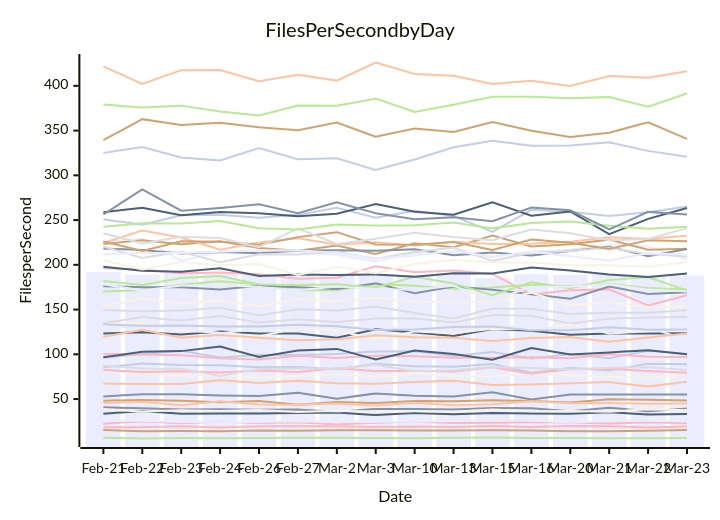
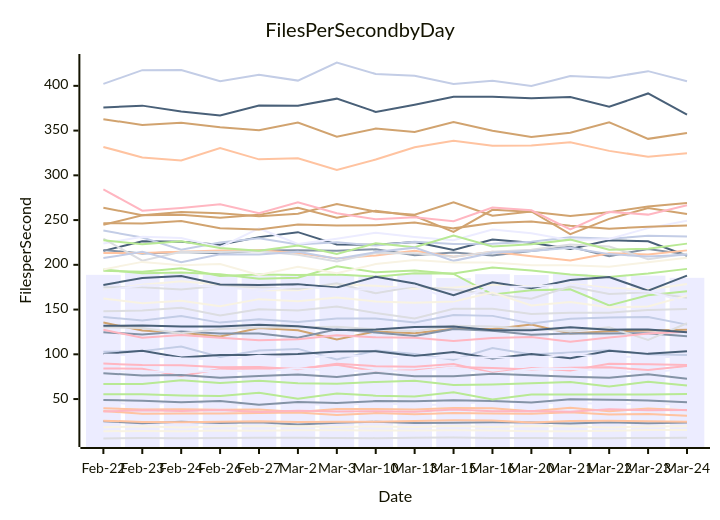
The diagram in perf-report.md (streetsidesoftware/cspell), drawn with Mermaid before and after one commit. The commit also changed other lines of this file and 2 other files, not shown here.

````diff
--- a/perf-report.md
+++ b/perf-report.md
@@ -11,57 +11,57 @@
 ```mermaid
 xychart-beta
     title Files Per Second by Day
     y-axis Files per Second
-    x-axis Date [Feb-21, Feb-22, Feb-23, Feb-24, Feb-26, Feb-27, Mar-2, Mar-3, Mar-10, Mar-13, Mar-15, Mar-16, Mar-20, Mar-21, Mar-22, Mar-23]
-    bar [191.93, 188.84, 190.95, 190.14, 188.86, 187.47, 189.15, 187.99, 188.38, 189.98, 185.21, 189.57, 188.63, 189.87, 187.45, 187.93]
-    line [52.87, 55.45, 55.44, 54.09, 53.55, 56.91, 50.34, 56.33, 53.77, 52.96, 57.64, 49.40, 55.01, 55.07, 55.14, 54.97]
-    line [67.31, 66.82, 66.94, 70.88, 67.89, 70.56, 67.78, 66.98, 69.18, 70.51, 65.83, 66.30, 67.73, 68.98, 63.91, 69.35]
-    line [134.61, 141.79, 137.76, 142.75, 135.42, 139.26, 136.06, 139.99, 140.01, 135.63, 143.93, 142.95, 134.36, 139.82, 141.15, 141.79]
-    line [379.15, 375.70, 377.89, 371.33, 366.95, 377.92, 377.66, 385.69, 370.91, 378.91, 387.90, 387.80, 386.06, 387.41, 376.59, 391.51]
-    line [48.18, 49.05, 48.06, 46.41, 47.91, 43.77, 46.60, 45.68, 47.70, 47.47, 48.64, 47.90, 46.22, 49.72, 49.15, 48.47]
-    line [96.15, 100.38, 103.85, 96.33, 99.09, 99.19, 100.48, 103.18, 103.33, 98.05, 102.55, 95.32, 100.34, 95.68, 103.94, 100.49]
-    line [22.32, 25.16, 23.04, 24.66, 23.19, 24.07, 21.50, 23.56, 24.56, 23.16, 23.57, 24.07, 23.83, 22.72, 24.07, 23.01]
-    line [33.66, 36.75, 33.50, 33.75, 33.98, 34.43, 34.99, 32.10, 34.36, 33.03, 34.53, 33.80, 33.49, 35.23, 32.80, 33.41]
-    line [81.29, 78.95, 76.37, 76.80, 73.75, 75.77, 77.40, 74.68, 79.36, 75.39, 75.58, 78.40, 76.58, 74.92, 73.83, 77.77]
-    line [225.56, 229.20, 204.56, 214.62, 214.22, 215.21, 211.23, 203.79, 213.30, 213.00, 209.05, 214.75, 216.78, 222.67, 220.47, 206.28]
-    line [40.82, 39.75, 38.29, 38.55, 38.02, 38.35, 35.65, 38.90, 38.99, 38.46, 40.13, 39.77, 36.42, 40.38, 36.50, 39.38]
-    line [45.50, 46.89, 43.13, 47.48, 43.86, 43.58, 44.95, 42.68, 45.79, 43.00, 44.30, 47.55, 45.42, 45.55, 44.76, 44.94]
-    line [149.55, 148.15, 148.90, 152.11, 143.30, 150.41, 149.07, 153.47, 146.06, 140.05, 150.95, 150.81, 144.94, 146.39, 146.52, 149.65]
-    line [6.67, 5.92, 6.38, 6.30, 6.44, 6.78, 6.62, 6.55, 6.32, 6.79, 7.12, 6.59, 6.35, 6.19, 6.26, 6.60]
-    line [223.30, 227.37, 223.02, 226.36, 218.81, 215.75, 221.50, 212.02, 224.11, 219.75, 232.68, 220.52, 223.12, 228.15, 216.79, 218.07]
-    line [85.47, 89.64, 87.93, 87.72, 85.68, 85.69, 83.26, 89.40, 86.73, 86.09, 89.20, 79.46, 84.64, 82.02, 89.37, 88.80]
-    line [196.29, 194.82, 190.50, 191.36, 189.34, 184.31, 185.47, 198.42, 191.68, 193.62, 189.84, 166.89, 171.60, 172.56, 154.71, 166.00]
-    line [123.36, 124.67, 122.06, 125.40, 123.31, 123.27, 118.58, 127.90, 124.38, 120.45, 128.40, 126.26, 121.85, 123.29, 123.31, 123.57]
-    line [133.27, 135.57, 126.55, 124.20, 119.96, 129.35, 126.96, 116.50, 125.61, 123.50, 128.64, 128.22, 133.34, 123.28, 125.66, 126.65]
-    line [131.04, 130.26, 129.44, 123.58, 128.31, 129.87, 130.27, 130.71, 127.81, 125.76, 132.01, 131.14, 128.67, 125.67, 130.11, 116.06]
-    line [218.19, 216.61, 212.54, 214.33, 212.86, 215.99, 216.40, 215.81, 217.40, 210.64, 213.63, 210.38, 215.44, 220.20, 209.66, 217.73]
-    line [224.47, 238.32, 230.44, 216.76, 225.02, 229.69, 222.82, 225.14, 221.56, 225.82, 223.33, 223.62, 225.78, 230.86, 229.00, 232.44]
-    line [220.46, 207.58, 214.51, 202.85, 211.79, 211.44, 214.66, 206.78, 214.22, 219.20, 204.44, 213.42, 215.32, 218.95, 211.96, 209.30]
-    line [170.09, 171.99, 177.77, 181.65, 177.93, 171.71, 171.61, 178.31, 176.56, 173.19, 174.63, 177.66, 175.92, 178.79, 174.01, 172.30]
-    line [226.17, 215.58, 226.36, 225.70, 222.46, 230.96, 236.51, 222.64, 222.38, 225.56, 216.60, 228.18, 224.68, 217.69, 227.52, 226.28]
-    line [250.90, 244.70, 255.35, 256.03, 252.54, 255.82, 263.63, 252.65, 260.43, 254.55, 236.73, 261.47, 259.22, 254.59, 258.80, 265.17]
-    line [82.42, 80.37, 81.15, 79.72, 81.93, 80.10, 84.29, 81.35, 81.66, 80.93, 85.41, 78.19, 83.51, 83.81, 81.43, 79.47]
-    line [258.83, 263.71, 255.40, 259.16, 257.65, 254.22, 257.02, 267.92, 259.39, 256.02, 269.97, 254.79, 259.65, 234.19, 251.38, 263.45]
-    line [38.51, 36.10, 37.37, 36.52, 37.66, 35.60, 37.02, 36.08, 36.38, 35.91, 38.37, 36.25, 36.61, 35.87, 38.67, 37.37]
-    line [211.55, 213.31, 213.15, 214.61, 215.98, 216.39, 213.20, 207.00, 210.46, 215.67, 209.05, 214.60, 209.59, 204.82, 212.94, 211.50]
-    line [176.10, 175.03, 175.02, 172.48, 176.50, 175.06, 173.05, 179.29, 168.17, 175.84, 172.23, 167.20, 162.09, 175.73, 167.53, 169.26]
-    line [421.85, 402.15, 417.55, 417.69, 405.05, 412.32, 405.86, 426.09, 413.29, 411.20, 402.18, 405.65, 399.88, 410.92, 409.10, 416.42]
-    line [235.21, 223.87, 231.37, 229.84, 219.75, 240.64, 223.28, 229.19, 235.85, 231.18, 227.46, 239.47, 235.22, 227.41, 228.79, 241.01]
-    line [242.45, 246.48, 246.10, 248.98, 240.98, 239.52, 244.96, 243.99, 244.22, 247.23, 240.74, 246.80, 248.37, 243.77, 240.29, 242.61]
-    line [15.41, 14.08, 14.28, 13.96, 14.98, 14.69, 15.09, 15.05, 14.93, 14.92, 15.23, 14.84, 14.06, 13.99, 14.45, 15.39]
-    line [133.46, 131.83, 132.27, 131.01, 131.00, 133.00, 131.45, 127.22, 127.60, 130.54, 131.20, 126.76, 126.98, 130.36, 127.52, 127.75]
-    line [100.27, 99.76, 98.90, 95.69, 94.30, 98.50, 95.82, 98.55, 97.82, 96.22, 96.21, 96.60, 95.61, 100.00, 97.34, 96.90]
-    line [96.66, 102.79, 103.56, 108.60, 97.11, 104.32, 106.04, 94.30, 104.19, 100.36, 94.07, 106.95, 99.82, 102.15, 104.63, 100.11]
-    line [153.59, 162.30, 157.06, 159.96, 153.79, 161.66, 159.28, 163.36, 159.01, 157.48, 159.10, 169.05, 154.54, 158.47, 152.54, 153.40]
-    line [25.65, 25.87, 24.49, 24.03, 24.62, 25.06, 24.45, 24.76, 24.74, 25.60, 26.18, 25.98, 23.83, 25.61, 25.64, 25.22]
-    line [256.27, 284.25, 260.54, 263.62, 267.57, 257.62, 270.01, 257.62, 250.97, 253.10, 248.68, 263.99, 260.91, 239.46, 259.16, 256.10]
-    line [119.61, 127.43, 118.55, 121.57, 118.53, 115.70, 116.93, 121.24, 118.95, 118.40, 114.99, 118.14, 119.47, 113.95, 118.70, 123.16]
-    line [87.47, 84.08, 83.91, 75.76, 83.59, 84.08, 83.89, 88.30, 81.02, 82.11, 85.90, 84.63, 82.99, 84.87, 85.57, 82.40]
-    line [181.98, 177.56, 185.31, 187.50, 177.93, 177.54, 178.41, 174.58, 186.65, 179.06, 166.05, 180.55, 173.75, 182.92, 186.30, 171.18]
-    line [339.22, 362.80, 356.26, 358.85, 353.61, 350.32, 358.90, 343.06, 352.21, 348.39, 359.59, 349.81, 342.75, 347.71, 359.34, 340.76]
-    line [325.03, 331.76, 320.00, 316.72, 330.45, 317.84, 319.02, 305.87, 317.67, 331.44, 338.69, 332.97, 333.24, 336.87, 327.34, 320.84]
-    line [18.46, 18.38, 19.68, 18.34, 19.60, 19.60, 19.63, 18.78, 19.22, 18.67, 19.78, 18.71, 19.79, 19.47, 18.35, 19.30]
-    line [197.80, 193.32, 192.22, 196.28, 187.50, 189.10, 188.54, 189.19, 186.81, 190.52, 190.26, 197.02, 193.75, 189.15, 186.42, 190.28]
-    line [205.00, 194.87, 203.28, 199.45, 200.84, 188.59, 197.81, 190.62, 200.86, 205.50, 202.63, 202.69, 199.56, 199.40, 197.96, 202.91]
-    line [178.32, 171.39, 176.96, 177.51, 175.27, 171.69, 175.82, 173.02, 172.27, 176.52, 160.55, 175.49, 175.91, 178.24, 172.29, 170.07]
+    x-axis Date [Feb-22, Feb-23, Feb-24, Feb-26, Feb-27, Mar-2, Mar-3, Mar-10, Mar-13, Mar-15, Mar-16, Mar-20, Mar-21, Mar-22, Mar-23, Mar-24]
+    bar [188.84, 190.95, 190.14, 188.86, 187.47, 189.15, 187.99, 188.38, 189.98, 185.21, 189.57, 188.63, 189.87, 187.45, 187.93, 185.46]
+    line [25.16, 23.04, 24.66, 23.19, 24.07, 21.50, 23.56, 24.56, 23.16, 23.57, 24.07, 23.83, 22.72, 24.07, 23.01, 23.70]
+    line [39.75, 38.29, 38.55, 38.02, 38.35, 35.65, 38.90, 38.99, 38.46, 40.13, 39.77, 36.42, 40.38, 36.50, 39.38, 37.42]
+    line [5.92, 6.38, 6.30, 6.44, 6.78, 6.62, 6.55, 6.32, 6.79, 7.12, 6.59, 6.35, 6.19, 6.26, 6.60, 6.79]
+    line [66.82, 66.94, 70.88, 67.89, 70.56, 67.78, 66.98, 69.18, 70.51, 65.83, 66.30, 67.73, 68.98, 63.91, 69.35, 65.05]
+    line [135.57, 126.55, 124.20, 119.96, 129.35, 126.96, 116.50, 125.61, 123.50, 128.64, 128.22, 133.34, 123.28, 125.66, 126.65, 127.56]
+    line [102.79, 103.56, 108.60, 97.11, 104.32, 106.04, 94.30, 104.19, 100.36, 94.07, 106.95, 99.82, 102.15, 104.63, 100.11, 99.21]
+    line [84.08, 83.91, 75.76, 83.59, 84.08, 83.89, 88.30, 81.02, 82.11, 85.90, 84.63, 82.99, 84.87, 85.57, 82.40, 87.06]
+    line [215.58, 226.36, 225.70, 222.46, 230.96, 236.51, 222.64, 222.38, 225.56, 216.60, 228.18, 224.68, 217.69, 227.52, 226.28, 210.09]
+    line [18.38, 19.68, 18.34, 19.60, 19.60, 19.63, 18.78, 19.22, 18.67, 19.78, 18.71, 19.79, 19.47, 18.35, 19.30, 19.48]
+    line [46.89, 43.13, 47.48, 43.86, 43.58, 44.95, 42.68, 45.79, 43.00, 44.30, 47.55, 45.42, 45.55, 44.76, 44.94, 43.23]
+    line [124.67, 122.06, 125.40, 123.31, 123.27, 118.58, 127.90, 124.38, 120.45, 128.40, 126.26, 121.85, 123.29, 123.31, 123.57, 120.28]
+    line [331.76, 320.00, 316.72, 330.45, 317.84, 319.02, 305.87, 317.67, 331.44, 338.69, 332.97, 333.24, 336.87, 327.34, 320.84, 324.76]
+    line [148.15, 148.90, 152.11, 143.30, 150.41, 149.07, 153.47, 146.06, 140.05, 150.95, 150.81, 144.94, 146.39, 146.52, 149.65, 150.55]
+    line [194.82, 190.50, 191.36, 189.34, 184.31, 185.47, 198.42, 191.68, 193.62, 189.84, 166.89, 171.60, 172.56, 154.71, 166.00, 170.54]
+    line [244.70, 255.35, 256.03, 252.54, 255.82, 263.63, 252.65, 260.43, 254.55, 236.73, 261.47, 259.22, 254.59, 258.80, 265.17, 269.15]
+    line [141.79, 137.76, 142.75, 135.42, 139.26, 136.06, 139.99, 140.01, 135.63, 143.93, 142.95, 134.36, 139.82, 141.15, 141.79, 133.17]
+    line [89.64, 87.93, 87.72, 85.68, 85.69, 83.26, 89.40, 86.73, 86.09, 89.20, 79.46, 84.64, 82.02, 89.37, 88.80, 87.93]
+    line [375.70, 377.89, 371.33, 366.95, 377.92, 377.66, 385.69, 370.91, 378.91, 387.90, 387.80, 386.06, 387.41, 376.59, 391.51, 367.84]
+    line [14.08, 14.28, 13.96, 14.98, 14.69, 15.09, 15.05, 14.93, 14.92, 15.23, 14.84, 14.06, 13.99, 14.45, 15.39, 15.32]
+    line [80.37, 81.15, 79.72, 81.93, 80.10, 84.29, 81.35, 81.66, 80.93, 85.41, 78.19, 83.51, 83.81, 81.43, 79.47, 84.14]
+    line [49.05, 48.06, 46.41, 47.91, 43.77, 46.60, 45.68, 47.70, 47.47, 48.64, 47.90, 46.22, 49.72, 49.15, 48.47, 46.41]
+    line [36.75, 33.50, 33.75, 33.98, 34.43, 34.99, 32.10, 34.36, 33.03, 34.53, 33.80, 33.49, 35.23, 32.80, 33.41, 31.42]
+    line [130.26, 129.44, 123.58, 128.31, 129.87, 130.27, 130.71, 127.81, 125.76, 132.01, 131.14, 128.67, 125.67, 130.11, 116.06, 134.73]
+    line [55.45, 55.44, 54.09, 53.55, 56.91, 50.34, 56.33, 53.77, 52.96, 57.64, 49.40, 55.01, 55.07, 55.14, 54.97, 55.59]
+    line [263.71, 255.40, 259.16, 257.65, 254.22, 257.02, 267.92, 259.39, 256.02, 269.97, 254.79, 259.65, 234.19, 251.38, 263.45, 256.83]
+    line [238.32, 230.44, 216.76, 225.02, 229.69, 222.82, 225.14, 221.56, 225.82, 223.33, 223.62, 225.78, 230.86, 229.00, 232.44, 231.53]
+    line [127.43, 118.55, 121.57, 118.53, 115.70, 116.93, 121.24, 118.95, 118.40, 114.99, 118.14, 119.47, 113.95, 118.70, 123.16, 125.31]
+    line [100.38, 103.85, 96.33, 99.09, 99.19, 100.48, 103.18, 103.33, 98.05, 102.55, 95.32, 100.34, 95.68, 103.94, 100.49, 103.51]
+    line [171.99, 177.77, 181.65, 177.93, 171.71, 171.61, 178.31, 176.56, 173.19, 174.63, 177.66, 175.92, 178.79, 174.01, 172.30, 178.48]
+    line [223.87, 231.37, 229.84, 219.75, 240.64, 223.28, 229.19, 235.85, 231.18, 227.46, 239.47, 235.22, 227.41, 228.79, 241.01, 249.20]
+    line [216.61, 212.54, 214.33, 212.86, 215.99, 216.40, 215.81, 217.40, 210.64, 213.63, 210.38, 215.44, 220.20, 209.66, 217.73, 211.67]
+    line [213.31, 213.15, 214.61, 215.98, 216.39, 213.20, 207.00, 210.46, 215.67, 209.05, 214.60, 209.59, 204.82, 212.94, 211.50, 216.14]
+    line [175.03, 175.02, 172.48, 176.50, 175.06, 173.05, 179.29, 168.17, 175.84, 172.23, 167.20, 162.09, 175.73, 167.53, 169.26, 163.10]
+    line [193.32, 192.22, 196.28, 187.50, 189.10, 188.54, 189.19, 186.81, 190.52, 190.26, 197.02, 193.75, 189.15, 186.42, 190.28, 195.47]
+    line [246.48, 246.10, 248.98, 240.98, 239.52, 244.96, 243.99, 244.22, 247.23, 240.74, 246.80, 248.37, 243.77, 240.29, 242.61, 244.02]
+    line [402.15, 417.55, 417.69, 405.05, 412.32, 405.86, 426.09, 413.29, 411.20, 402.18, 405.65, 399.88, 410.92, 409.10, 416.42, 405.21]
+    line [36.10, 37.37, 36.52, 37.66, 35.60, 37.02, 36.08, 36.38, 35.91, 38.37, 36.25, 36.61, 35.87, 38.67, 37.37, 37.84]
+    line [177.56, 185.31, 187.50, 177.93, 177.54, 178.41, 174.58, 186.65, 179.06, 166.05, 180.55, 173.75, 182.92, 186.30, 171.18, 187.97]
+    line [162.30, 157.06, 159.96, 153.79, 161.66, 159.28, 163.36, 159.01, 157.48, 159.10, 169.05, 154.54, 158.47, 152.54, 153.40, 165.56]
+    line [99.76, 98.90, 95.69, 94.30, 98.50, 95.82, 98.55, 97.82, 96.22, 96.21, 96.60, 95.61, 100.00, 97.34, 96.90, 96.95]
+    line [78.95, 76.37, 76.80, 73.75, 75.77, 77.40, 74.68, 79.36, 75.39, 75.58, 78.40, 76.58, 74.92, 73.83, 77.77, 72.58]
+    line [25.87, 24.49, 24.03, 24.62, 25.06, 24.45, 24.76, 24.74, 25.60, 26.18, 25.98, 23.83, 25.61, 25.64, 25.22, 24.68]
+    line [229.20, 204.56, 214.62, 214.22, 215.21, 211.23, 203.79, 213.30, 213.00, 209.05, 214.75, 216.78, 222.67, 220.47, 206.28, 212.36]
+    line [227.37, 223.02, 226.36, 218.81, 215.75, 221.50, 212.02, 224.11, 219.75, 232.68, 220.52, 223.12, 228.15, 216.79, 218.07, 223.68]
+    line [362.80, 356.26, 358.85, 353.61, 350.32, 358.90, 343.06, 352.21, 348.39, 359.59, 349.81, 342.75, 347.71, 359.34, 340.76, 347.39]
+    line [207.58, 214.51, 202.85, 211.79, 211.44, 214.66, 206.78, 214.22, 219.20, 204.44, 213.42, 215.32, 218.95, 211.96, 209.30, 211.22]
+    line [284.25, 260.54, 263.62, 267.57, 257.62, 270.01, 257.62, 250.97, 253.10, 248.68, 263.99, 260.91, 239.46, 259.16, 256.10, 266.48]
+    line [131.83, 132.27, 131.01, 131.00, 133.00, 131.45, 127.22, 127.60, 130.54, 131.20, 126.76, 126.98, 130.36, 127.52, 127.75, 124.58]
+    line [194.87, 203.28, 199.45, 200.84, 188.59, 197.81, 190.62, 200.86, 205.50, 202.63, 202.69, 199.56, 199.40, 197.96, 202.91, 207.84]
+    line [171.39, 176.96, 177.51, 175.27, 171.69, 175.82, 173.02, 172.27, 176.52, 160.55, 175.49, 175.91, 178.24, 172.29, 170.07, 158.58]
 ```
````
